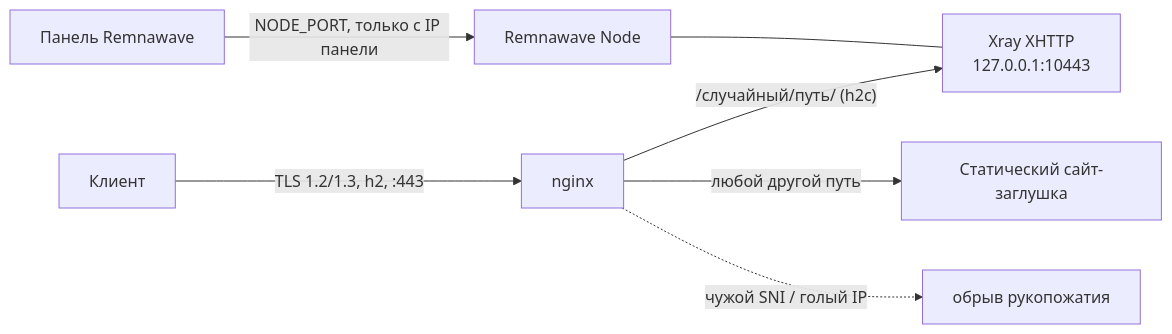
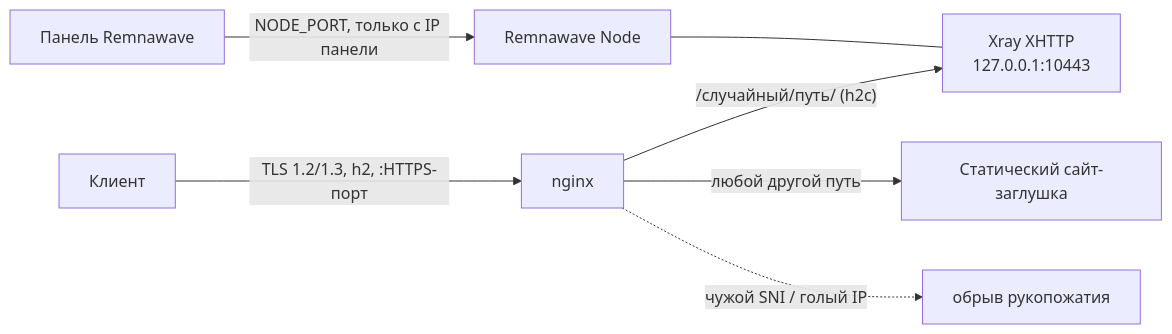
Before and after one commit to goji-app/goji-node-setup: the diagram in README.md, drawn with Mermaid. The commit also changed other lines of this file and 11 other files, not shown here.

First line of the commit message:
1.6.0: свой HTTPS-порт вместо 443, Psiphon вместе с установкой, 5 доменов Gemini в профиле

````diff
--- a/README.md
+++ b/README.md
@@ -41,9 +41,9 @@
 ```mermaid
 flowchart LR
-    C[Клиент] -- "TLS 1.2/1.3, h2, :443" --> N[nginx]
+    C[Клиент] -- "TLS 1.2/1.3, h2, :HTTPS-порт" --> N[nginx]
     N -- "/случайный/путь/  (h2c)" --> X["Xray XHTTP<br/>127.0.0.1:10443"]
     N -- "любой другой путь" --> S[Статический сайт-заглушка]
     N -. "чужой SNI / голый IP" .-> D[обрыв рукопожатия]
     P[Панель Remnawave] -- "NODE_PORT, только с IP панели" --> R[Remnawave Node]
     R --- X
 ```
````
